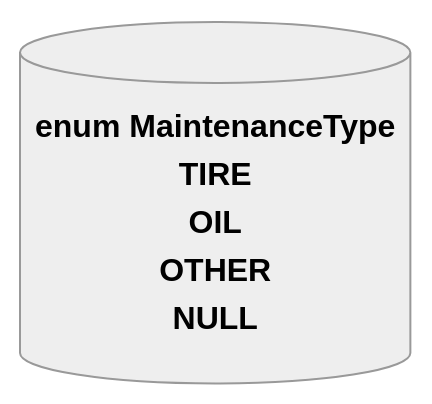
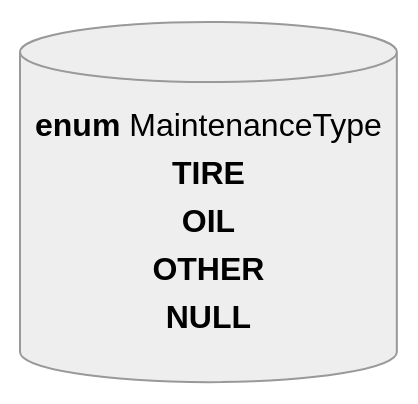
Before and after one commit to swostikl/Car-Garage-Simulation: the second of 3 diagrams in Simu_TextUI/README.md, drawn with Mermaid (neutral theme). The commit also changed other lines of this file, not shown here.

First line of the commit message:
Update README with EventType flowchart

````diff
--- a/Simu_TextUI/README.md
+++ b/Simu_TextUI/README.md
@@ -25,10 +25,10 @@
 ```mermaid
 flowchart TD
     maintenanceType[("
-        <b>enum MaintenanceType</b>
+        <b>enum</b> MaintenanceType
         <b>TIRE</b>
         <b>OIL</b>
         <b>OTHER</b>
         <b>NULL</b>
     ")]
 ```
````
